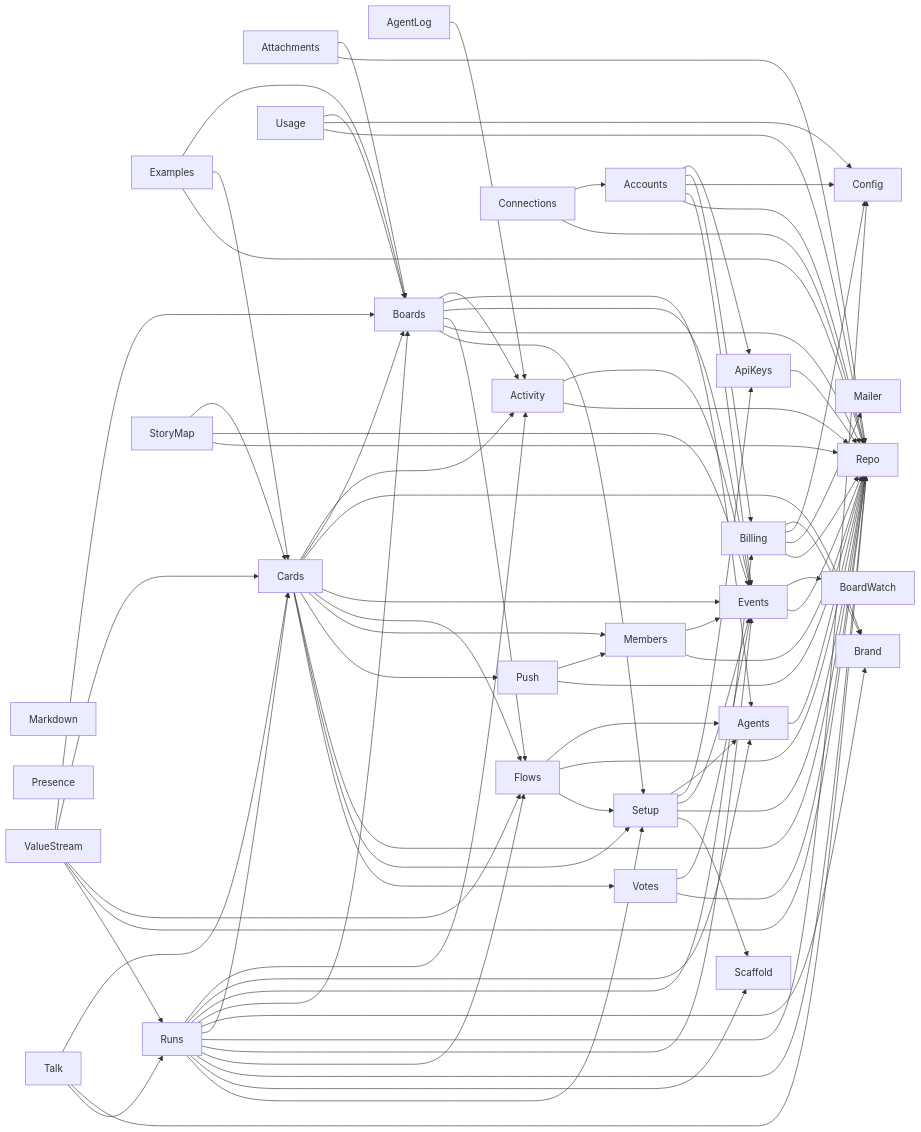
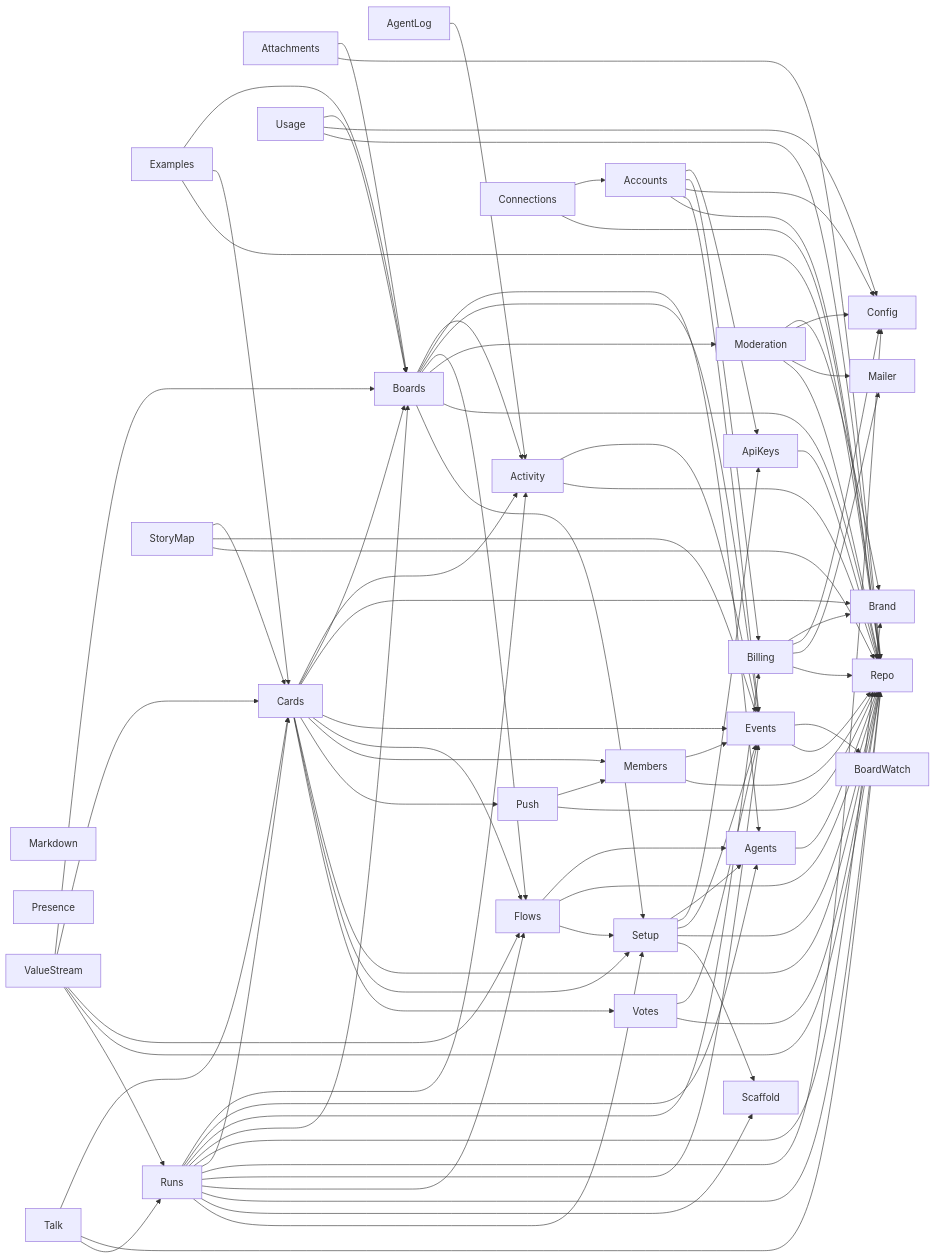
One commit to jeremylightsmith/relay changed the second of 2 diagrams in docs/architecture/deps.md. Above: the diagram before and after it, drawn with Mermaid. The commit also changed 67 other files, not shown here.

```diff
--- a/docs/architecture/deps.md
+++ b/docs/architecture/deps.md
@@ -50,6 +50,7 @@
     Boards --> Agents
     Boards --> Events
     Boards --> Flows
+    Boards --> Moderation
     Boards --> Repo
     Boards --> Setup
     Cards --> Activity
@@ -74,6 +75,10 @@
     Flows --> Setup
     Members --> Events
     Members --> Repo
+    Moderation --> Brand
+    Moderation --> Config
+    Moderation --> Mailer
+    Moderation --> Repo
     Push --> Members
     Push --> Repo
     Runs --> Activity
```
